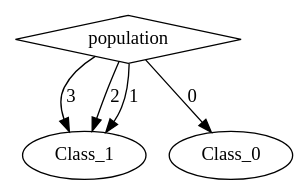
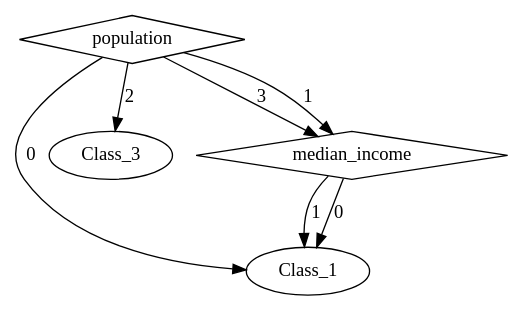
Before and after one commit to torfah/synplicate: the diagram in examples/california_census_simplified/program/program4.dot, drawn with Graphviz. The commit also changed 69 other files, not shown here.

```diff
--- a/examples/california_census_simplified/program/program4.dot
+++ b/examples/california_census_simplified/program/program4.dot
@@ -1,12 +1,15 @@
 digraph {
 node [label=Class_1,style=""] Class_1
 node [label=Class_1,style=""] Class_1
+node [label=Class_3,style=""] Class_3
 node [label=Class_1,style=""] Class_1
-node [label=Class_0,style=""] Class_0
+node [label=median_income,shape="diamond",style=""] 1
 node [label=population,shape="diamond",style=""] 0
 
-0 -> Class_1 [label="3"]
-0 -> Class_1 [label="2"]
-0 -> Class_1 [label="1"]
-0 -> Class_0 [label="0"]
+1 -> Class_1 [label="1"]
+1 -> Class_1 [label="0"]
+0 -> 1 [label="3"]
+0 -> Class_3 [label="2"]
+0 -> 1 [label="1"]
+0 -> Class_1 [label="0"]
 }
```
